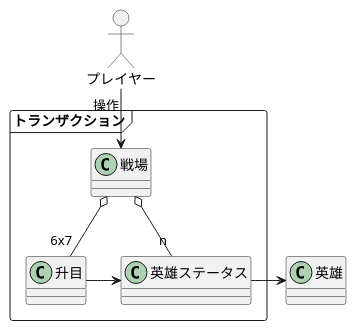
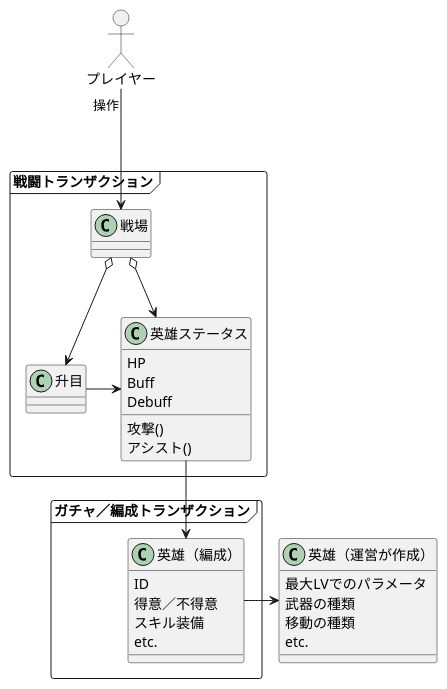
One commit to turanukimaru/fehs changed the diagram in fehsbattlemodel/uml/戦場4.puml. Above: the diagram before and after it, drawn with PlantUML. The commit also changed 8 other files, not shown here.

```diff
--- a/fehsbattlemodel/uml/戦場4.puml
+++ b/fehsbattlemodel/uml/戦場4.puml
@@ -1,23 +1,41 @@
 @startuml
 allow_mixing
 
-frame "トランザクション" {
+frame "戦闘トランザクション" {
 class "戦場" as Entity {
 }
 
 class "升目" as Square {
 }
 
 class "英雄ステータス" as Hero {
+HP
+Buff
+Debuff
+攻撃()
+アシスト()
 }
 }
-class "英雄" as BaseHero {
+frame "ガチャ／編成トランザクション" {
+class "英雄（編成）" as ArmedHero {
+ID
+得意／不得意
+スキル装備
+etc.
 }
+}
+class "英雄（運営が作成）" as BaseHero {
 
+最大LVでのパラメータ
+武器の種類
+移動の種類
+etc.
+}
 Actor "プレイヤー" as Player
-Player "操作" --> Entity
-Entity  o-- "n" Hero
-Entity  o-- "6x7" Square
+Player "操作" ---> Entity
+Entity  o--> Hero
+Entity  o--> Square
 Square -> Hero
-BaseHero <- Hero
+Hero --> ArmedHero
+BaseHero <- ArmedHero
 @enduml
```
